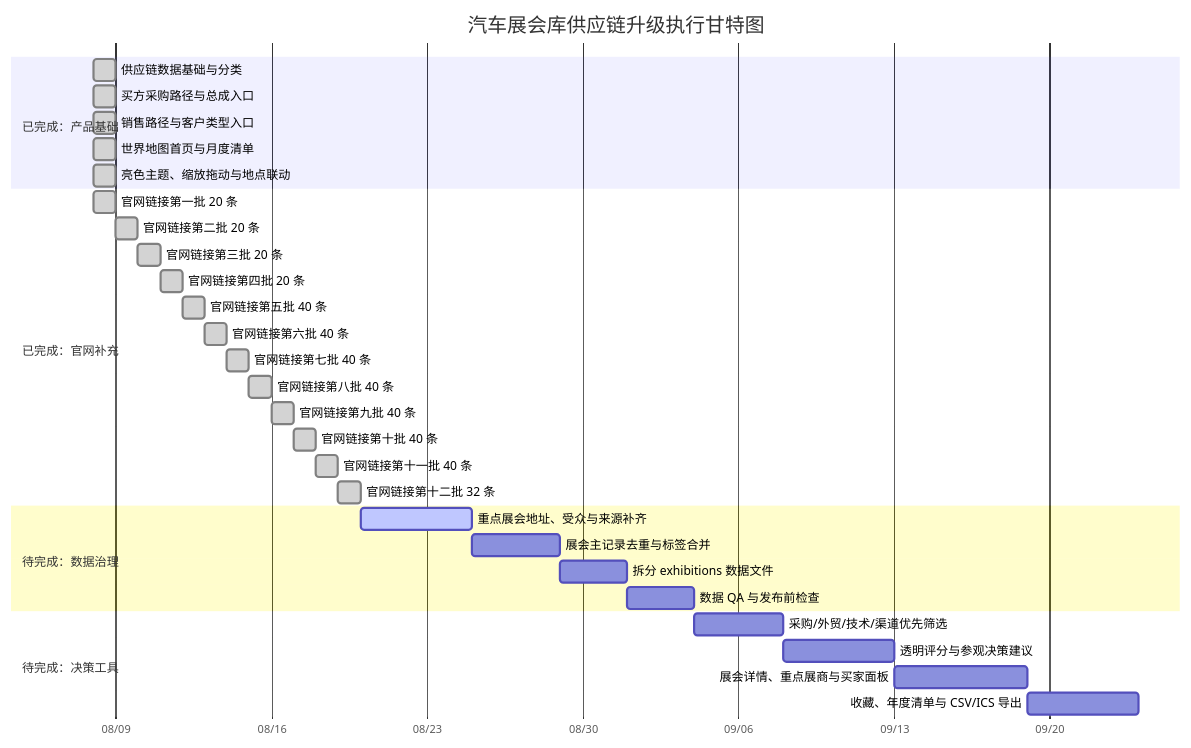
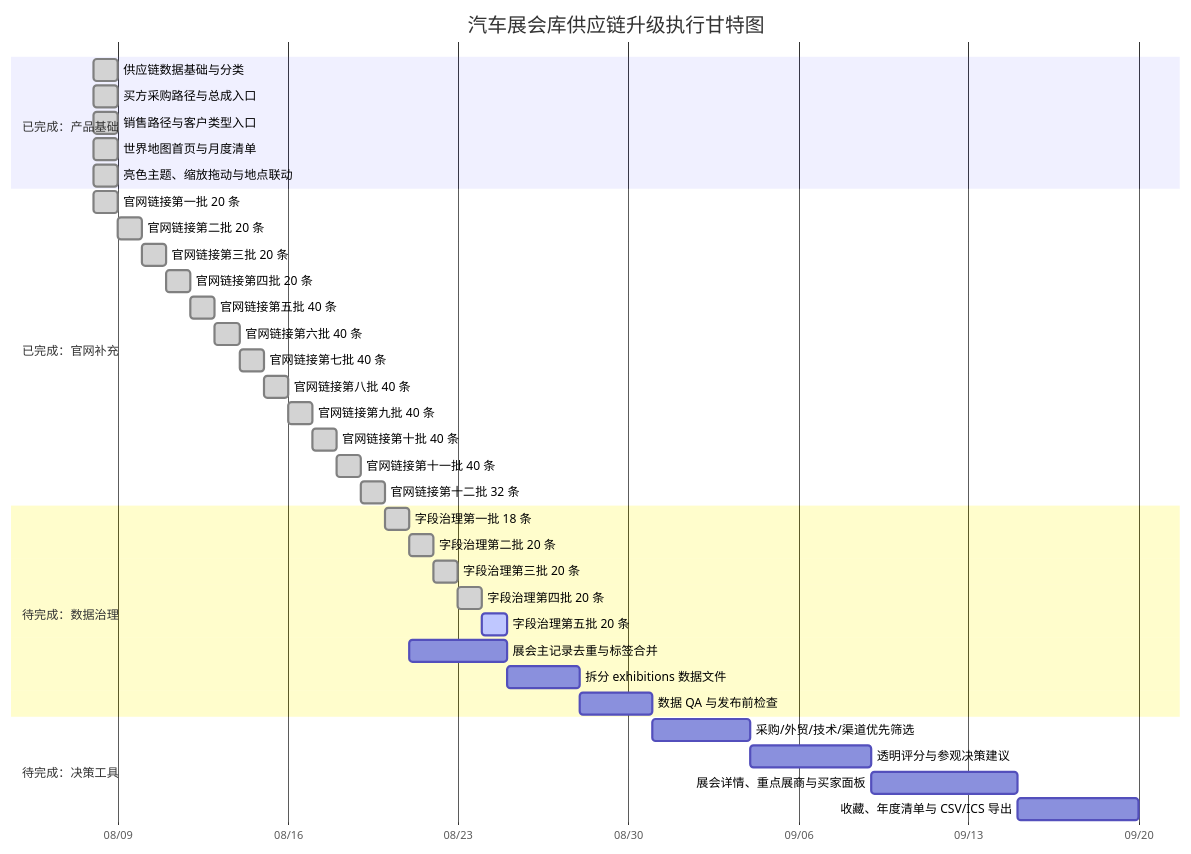
The diagram in docs/PROJECT_PROGRESS.md (Cloudyluk/auto-expo), drawn with Mermaid before and after one commit. The commit also changed other lines of this file and 3 other files, not shown here.

Commit message:
Enrich fifth batch and update project gantt

````diff
--- a/docs/PROJECT_PROGRESS.md
+++ b/docs/PROJECT_PROGRESS.md
@@ -20,35 +20,39 @@
 ```mermaid
 gantt
     title 汽车展会库供应链升级执行甘特图
     dateFormat  YYYY-MM-DD
     axisFormat  %m/%d
     section 已完成：产品基础
     供应链数据基础与分类             :done, foundation, 2026-08-08, 1d
     买方采购路径与总成入口           :done, buyer, 2026-08-08, 1d
     销售路径与客户类型入口           :done, seller, 2026-08-08, 1d
     世界地图首页与月度清单           :done, map, 2026-08-08, 1d
     亮色主题、缩放拖动与地点联动     :done, interaction, 2026-08-08, 1d
     section 已完成：官网补充
     官网链接第一批 20 条             :done, links1, 2026-08-08, 1d
     官网链接第二批 20 条             :done, links2, after links1, 1d
     官网链接第三批 20 条             :done, links3, after links2, 1d
     官网链接第四批 20 条             :done, links4, after links3, 1d
     官网链接第五批 40 条             :done, links5done, after links4, 1d
     官网链接第六批 40 条             :done, links6done, after links5done, 1d
     官网链接第七批 40 条             :done, links7done, after links6done, 1d
     官网链接第八批 40 条             :done, links8done, after links7done, 1d
     官网链接第九批 40 条             :done, links9done, after links8done, 1d
     官网链接第十批 40 条             :done, links10done, after links9done, 1d
     官网链接第十一批 40 条           :done, links11done, after links10done, 1d
     官网链接第十二批 32 条           :done, links12done, after links11done, 1d
     section 待完成：数据治理
-    重点展会地址、受众与来源补齐     :active, fields, after links12done, 5d
+    字段治理第一批 18 条             :done, fields1, after links12done, 1d
+    字段治理第二批 20 条             :done, fields2, after fields1, 1d
+    字段治理第三批 20 条             :done, fields3, after fields2, 1d
+    字段治理第四批 20 条             :done, fields4, after fields3, 1d
+    字段治理第五批 20 条             :active, fields5, after fields4, 1d
     展会主记录去重与标签合并         :dedupe, after fields, 4d
     拆分 exhibitions 数据文件        :split, after dedupe, 3d
     数据 QA 与发布前检查              :qa, after split, 3d
     section 待完成：决策工具
     采购/外贸/技术/渠道优先筛选       :filters, after qa, 4d
     透明评分与参观决策建议           :score, after filters, 5d
     展会详情、重点展商与买家面板      :detail, after score, 6d
     收藏、年度清单与 CSV/ICS 导出     :plan, after detail, 5d
 ```
````
